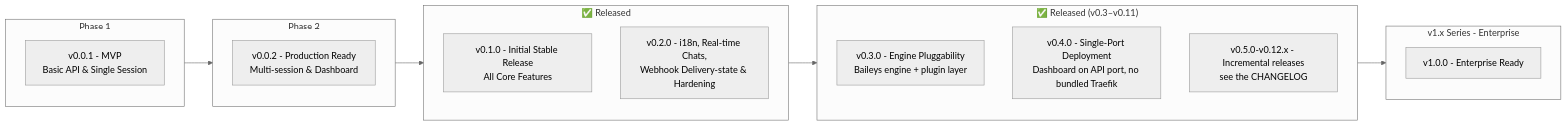
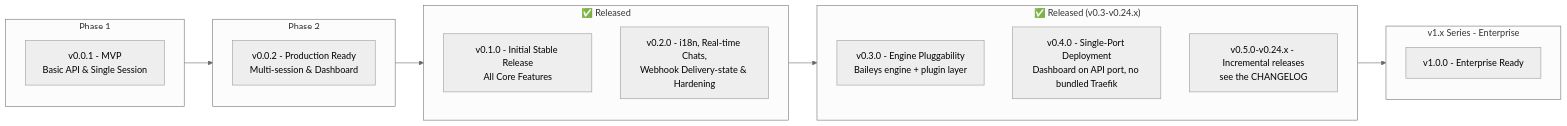
The sixth of 7 diagrams in ventiq_admin_app/docs_wapi/15-project-roadmap.md (Carnaval-Team/VentIQ-seller-App), drawn with Mermaid (neutral theme) before and after one commit. The commit also changed other lines of this file and 65 other files, not shown here.

````diff
--- a/ventiq_admin_app/docs_wapi/15-project-roadmap.md
+++ b/ventiq_admin_app/docs_wapi/15-project-roadmap.md
@@ -513,27 +517,27 @@
 ```mermaid
 flowchart LR
     subgraph Phase1["Phase 1"]
         V001[v0.0.1 - MVP<br/>Basic API & Single Session]
     end
 
     subgraph Phase2["Phase 2"]
         V002[v0.0.2 - Production Ready<br/>Multi-session & Dashboard]
     end
 
     subgraph Stable["✅ Released"]
         V010[v0.1.0 - Initial Stable Release<br/>All Core Features]
         V020[v0.2.0 - i18n, Real-time Chats,<br/>Webhook Delivery-state & Hardening]
     end
 
-    subgraph v0.x["✅ Released (v0.3–v0.11)"]
+    subgraph v0.x["✅ Released (v0.3-v0.24.x)"]
         V030[v0.3.0 - Engine Pluggability<br/>Baileys engine + plugin layer]
         V040[v0.4.0 - Single-Port Deployment<br/>Dashboard on API port, no bundled Traefik]
-        V011[v0.5.0-v0.12.x - Incremental releases<br/>see the CHANGELOG]
+        V011[v0.5.0-v0.24.x - Incremental releases<br/>see the CHANGELOG]
     end
 
     subgraph v1.x["v1.x Series - Enterprise"]
         V10[v1.0.0 - Enterprise Ready]
     end
 
     Phase1 --> Phase2 --> Stable --> v0.x --> v1.x
 ```
````
